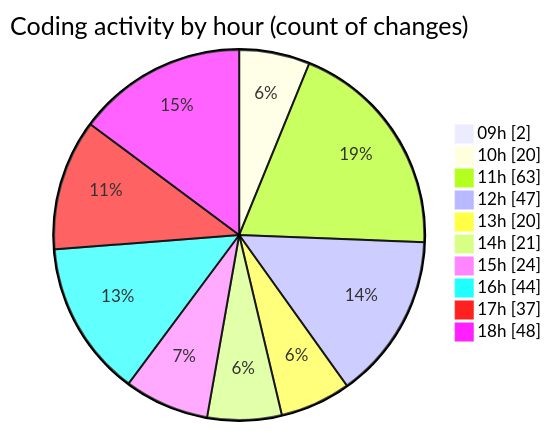
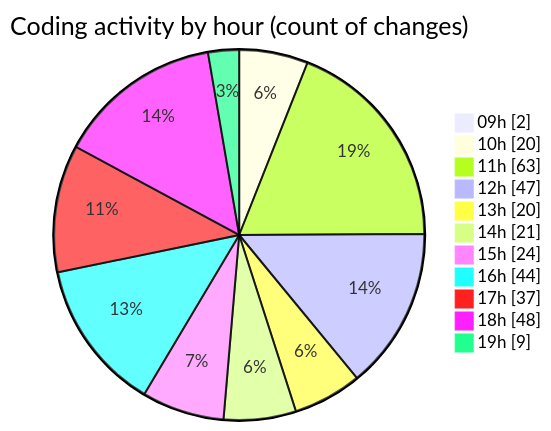
The second of 2 diagrams in 2025-04-08/cda/README.md (momahboobian/code-tracking), drawn with Mermaid before and after one commit. The commit also changed other lines of this file and 1 other file, not shown here.

````diff
--- a/2025-04-08/cda/README.md
+++ b/2025-04-08/cda/README.md
@@ -48,14 +48,15 @@
 ```mermaid
 pie showData
 title Coding activity by hour (count of changes)
 "09h" : 2
 "10h" : 20
 "11h" : 63
 "12h" : 47
 "13h" : 20
 "14h" : 21
 "15h" : 24
 "16h" : 44
 "17h" : 37
 "18h" : 48
+"19h" : 9
 ```
````
